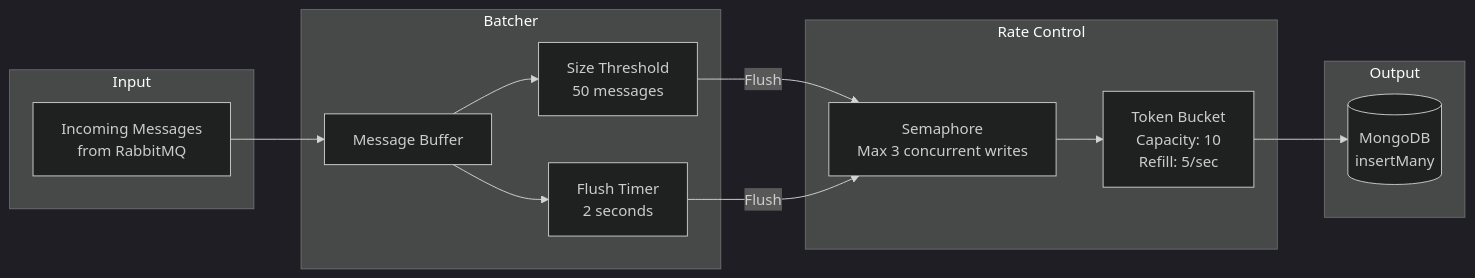
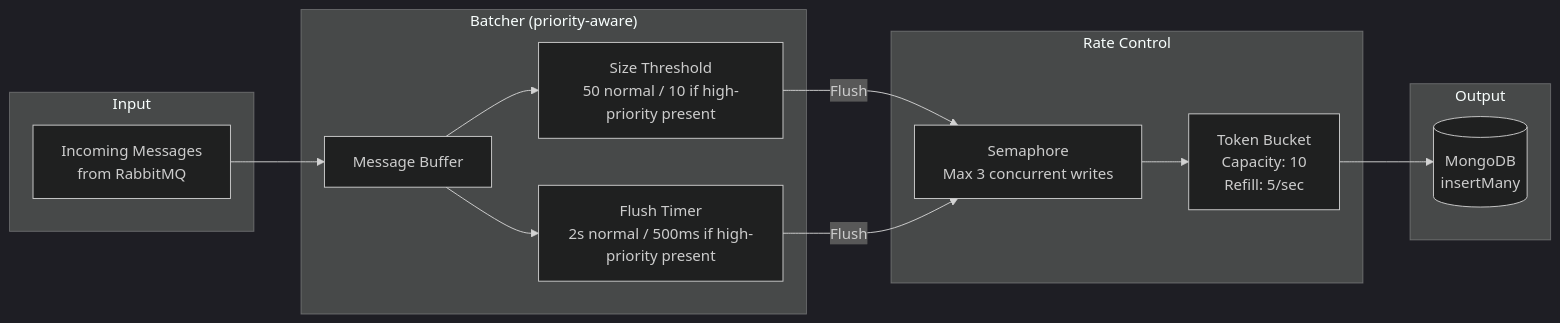
Before and after one commit to AmitOfir4/Whalo-Backend-Exam: the sixth of 10 diagrams in docs/architecture.md, drawn with Mermaid (dark theme). The commit also changed other lines of this file and 4 other files, not shown here.

````diff
--- a/docs/architecture.md
+++ b/docs/architecture.md
@@ -197,29 +204,29 @@
 ```mermaid
 graph LR
     subgraph Input
         MSG[Incoming Messages<br/>from RabbitMQ]
     end
 
-    subgraph Batcher["Batcher"]
+    subgraph Batcher["Batcher (priority-aware)"]
         BUF[Message Buffer]
-        TIMER[Flush Timer<br/>2 seconds]
-        SIZE[Size Threshold<br/>50 messages]
+        TIMER[Flush Timer<br/>2s normal / 500ms if high-priority present]
+        SIZE[Size Threshold<br/>50 normal / 10 if high-priority present]
     end
 
     subgraph RateControl["Rate Control"]
         SEM[Semaphore<br/>Max 3 concurrent writes]
         TB[Token Bucket<br/>Capacity: 10<br/>Refill: 5/sec]
     end
 
     subgraph Output
         DB[(MongoDB<br/>insertMany)]
     end
 
     MSG --> BUF
     BUF --> SIZE
     BUF --> TIMER
     SIZE -->|Flush| SEM
     TIMER -->|Flush| SEM
     SEM --> TB
     TB --> DB
 ```
````
